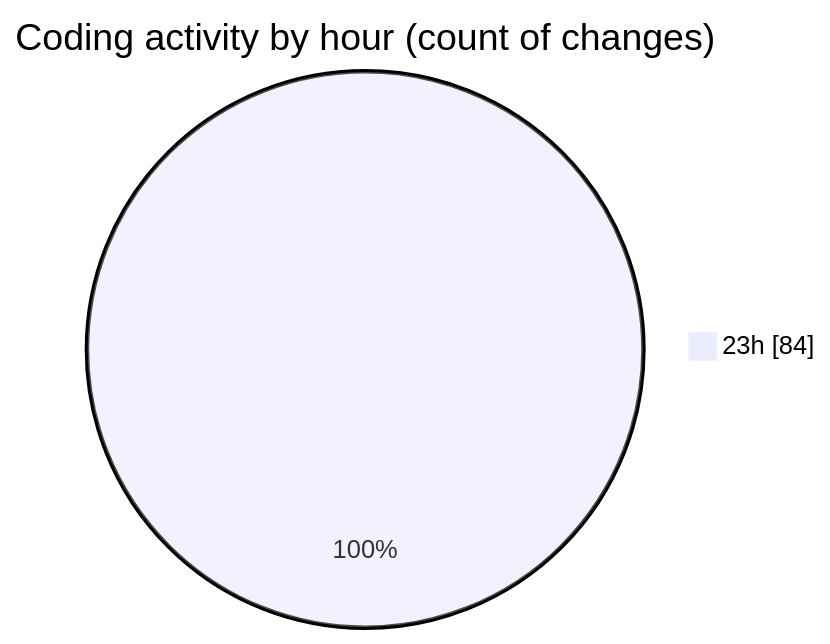
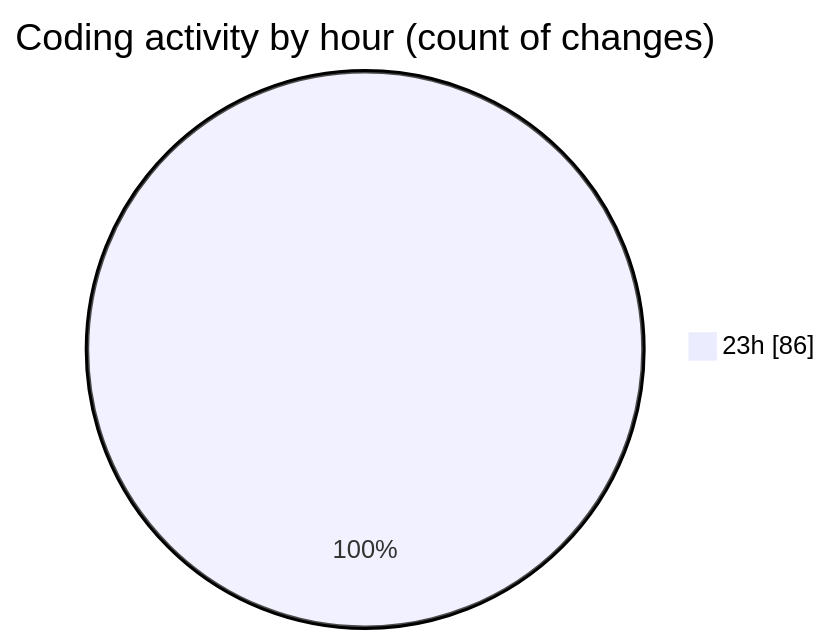
One commit to lephambinh05/code-tracking changed the second of 2 diagrams in 2025-07-10/shopaccv1/README.md. Above: the diagram before and after it, drawn with Mermaid. The commit also changed other lines of this file and 1 other file, not shown here.

````diff
--- a/2025-07-10/shopaccv1/README.md
+++ b/2025-07-10/shopaccv1/README.md
@@ -73,5 +75,5 @@
 ```mermaid
 pie showData
 title Coding activity by hour (count of changes)
-"23h" : 84
+"23h" : 86
 ```
````
